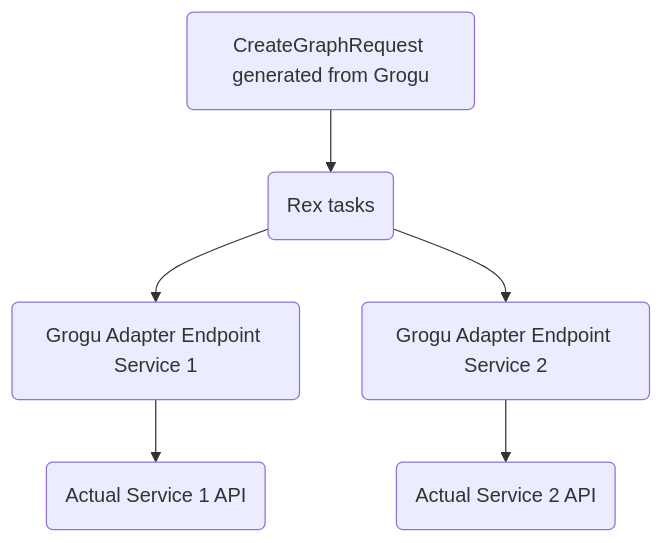
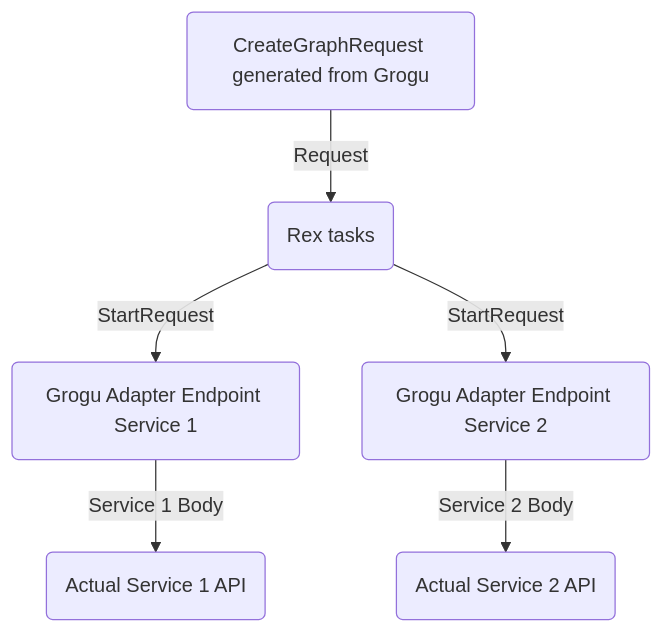
The diagram in README.md (thescouser89/dingrogu), drawn with Mermaid before and after one commit.

````diff
--- a/README.md
+++ b/README.md
@@ -46,8 +46,8 @@
 ```mermaid
 graph TD
-    A(CreateGraphRequest generated from Grogu) --> Rex(Rex tasks)
-    Rex --> GroguAdapterService1(Grogu Adapter Endpoint Service 1) 
-    GroguAdapterService1--> ActualService1(Actual Service 1 API)
-    Rex --> GroguAdapterService2(Grogu Adapter Endpoint Service 2) 
-    GroguAdapterService2 --> ActualService2(Actual Service 2 API)
+    A(CreateGraphRequest generated from Grogu) -->|Request| Rex(Rex tasks)
+    Rex -->|StartRequest| GroguAdapterService1(Grogu Adapter Endpoint Service 1) 
+    GroguAdapterService1-->|Service 1 Body| ActualService1(Actual Service 1 API)
+    Rex -->|StartRequest| GroguAdapterService2(Grogu Adapter Endpoint Service 2) 
+    GroguAdapterService2 -->|Service 2 Body| ActualService2(Actual Service 2 API)
 ```
````
